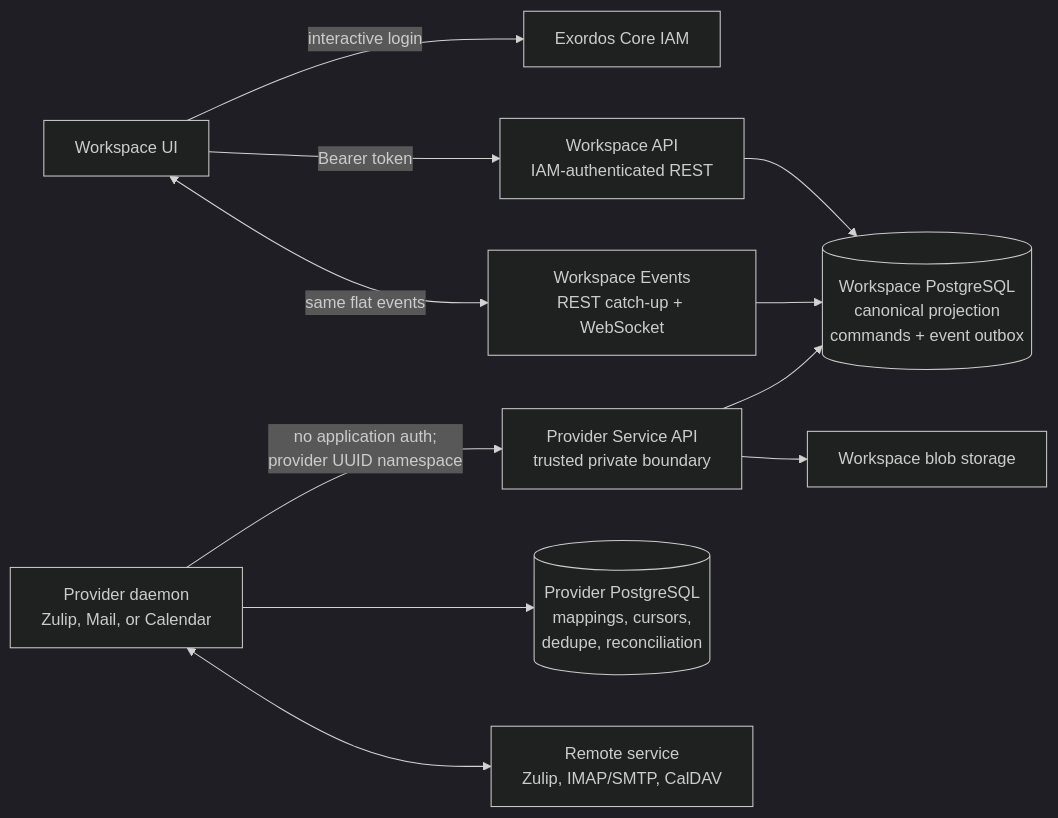
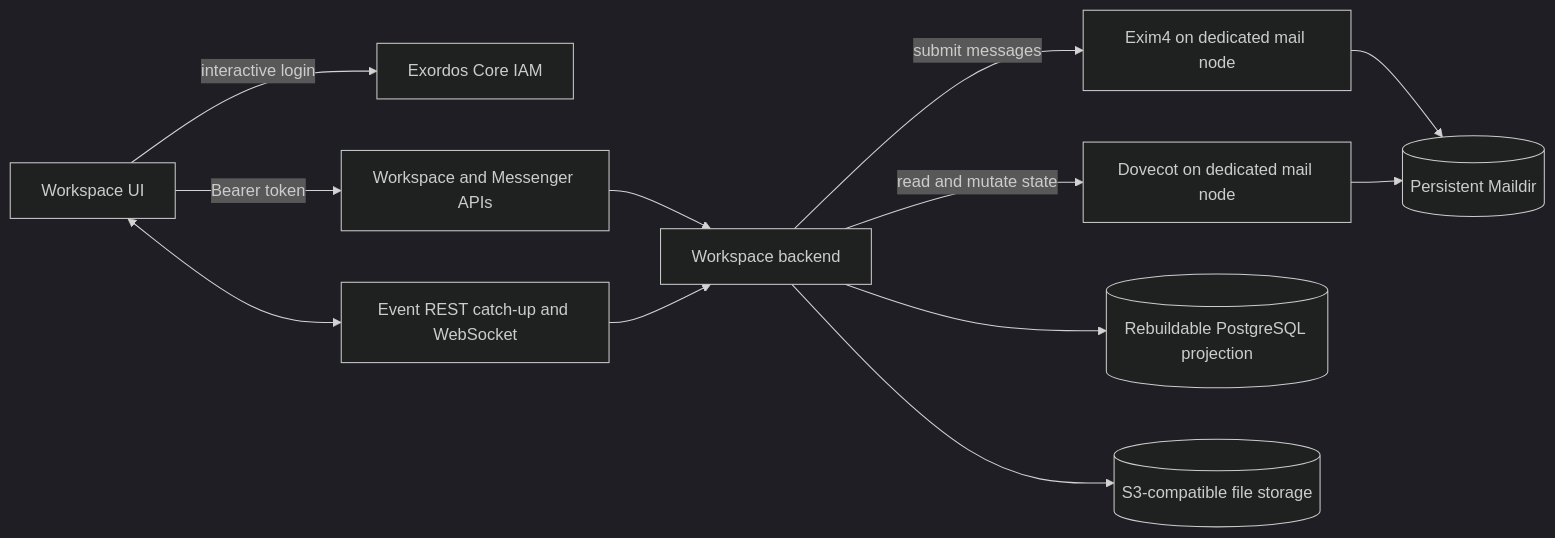
One commit to exordos/workspace_backend changed the diagram in docs/architecture.md. Above: the diagram before and after it, drawn with Mermaid (dark theme). The commit also changed other lines of this file and 144 other files, not shown here.

Commit message:
feat(messenger): implement mail-backed platform

````diff
--- a/docs/architecture.md
+++ b/docs/architecture.md
@@ -33,24 +29,25 @@
 ```mermaid
 flowchart LR
     UI["Workspace UI"]
     IAM["Exordos Core IAM"]
-    API["Workspace API<br/>IAM-authenticated REST"]
-    WS["Workspace Events<br/>REST catch-up + WebSocket"]
-    WDB[("Workspace PostgreSQL<br/>canonical projection<br/>commands + event outbox")]
-    PA["Provider Service API<br/>trusted private boundary"]
-    PD["Provider daemon<br/>Zulip, Mail, or Calendar"]
-    PDB[("Provider PostgreSQL<br/>mappings, cursors,<br/>dedupe, reconciliation")]
-    REMOTE["Remote service<br/>Zulip, IMAP/SMTP, CalDAV"]
-    BLOB["Workspace blob storage"]
+    API["Workspace and Messenger APIs"]
+    EVENTS["Event REST catch-up and WebSocket"]
+    BACKEND["Workspace backend"]
+    SMTP["Exim4 on dedicated mail node"]
+    IMAP["Dovecot on dedicated mail node"]
+    MAILDIR[("Persistent Maildir")]
+    PG[("Rebuildable PostgreSQL projection")]
+    S3[("S3-compatible file storage")]
 
     UI -->|"interactive login"| IAM
     UI -->|"Bearer token"| API
-    UI <-->|"same flat events"| WS
-    API --> WDB
-    WS --> WDB
-    PA --> WDB
-    PA --> BLOB
-    PD -->|"no application auth;<br/>provider UUID namespace"| PA
-    PD --> PDB
-    PD <--> REMOTE
+    UI <--> EVENTS
+    API --> BACKEND
+    EVENTS --> BACKEND
+    BACKEND -->|"submit messages"| SMTP
+    BACKEND -->|"read and mutate state"| IMAP
+    SMTP --> MAILDIR
+    IMAP --> MAILDIR
+    BACKEND --> PG
+    BACKEND --> S3
 ```
````
